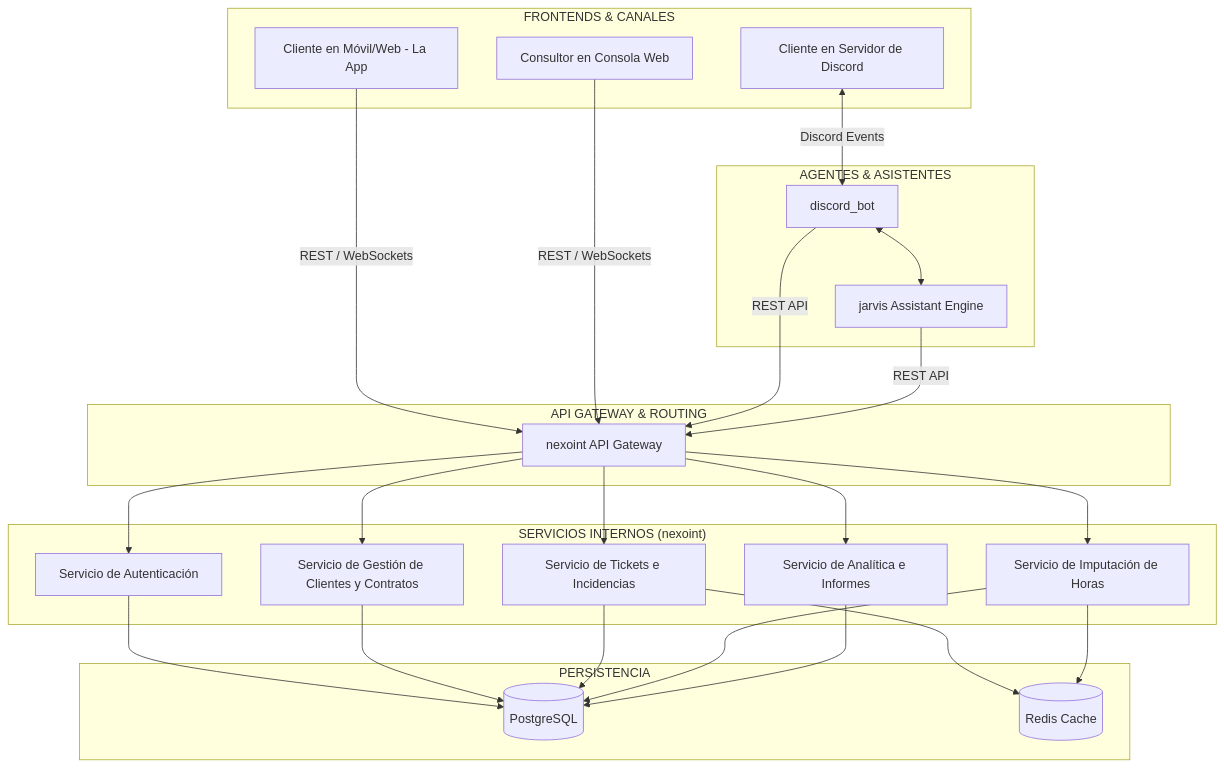
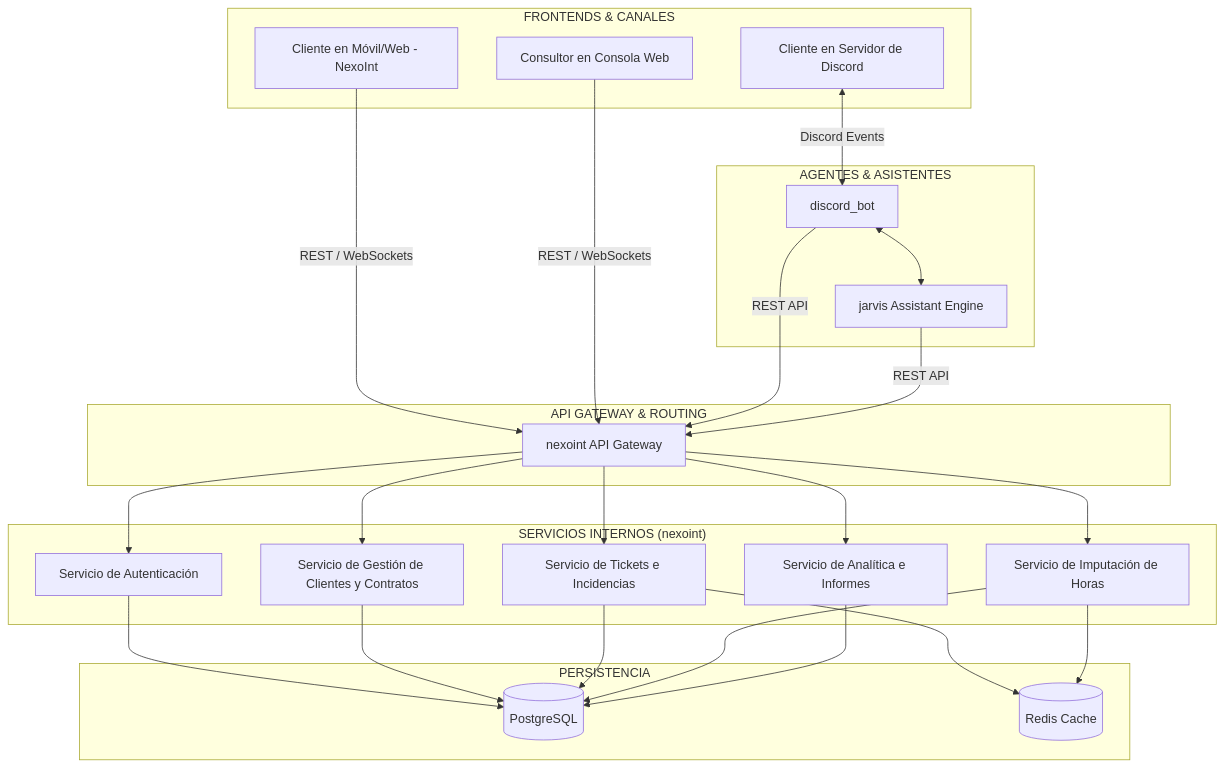
Before and after one commit to jesusalbujas/CONTROL-PST: the eighth of 12 diagrams in docs/proyectos/pst-4-arquitectura.md, drawn with Mermaid. The commit also changed other lines of this file and 3 other files, not shown here.

Commit message:
docs: standardize frontend app naming to NexoInt across all PST IV documentation

````diff
--- a/docs/proyectos/pst-4-arquitectura.md
+++ b/docs/proyectos/pst-4-arquitectura.md
@@ -469,53 +469,53 @@
 ```mermaid
 flowchart TD
     subgraph sub_FRONTENDS_CANALES ["FRONTENDS & CANALES"]
-        A1["Cliente en Móvil/Web - La App"]
+        A1["Cliente en Móvil/Web - NexoInt"]
         A2["Cliente en Servidor de Discord"]
         A3["Consultor en Consola Web"]
     end
 
     subgraph sub_API_GATEWAY_ROUTING ["API GATEWAY & ROUTING"]
         GW["nexoint API Gateway"]
     end
 
     subgraph sub_SERVICIOS_INTERNOS_nexoint ["SERVICIOS INTERNOS (nexoint)"]
         S1["Servicio de Autenticación"]
         S2["Servicio de Gestión de Clientes y Contratos"]
         S3["Servicio de Tickets e Incidencias"]
         S4["Servicio de Imputación de Horas"]
         S5["Servicio de Analítica e Informes"]
     end
 
     subgraph sub_AGENTES_ASISTENTES ["AGENTES & ASISTENTES"]
         B1["discord_bot"]
         B2["jarvis Assistant Engine"]
     end
 
     subgraph sub_PERSISTENCIA ["PERSISTENCIA"]
         DB[("PostgreSQL")]
         Cache[("Redis Cache")]
     end
 
     A1 -->|REST / WebSockets| GW
     A2 <-->|Discord Events| B1
     A3 -->|REST / WebSockets| GW
 
     B1 <--> B2
     B1 -->|REST API| GW
     B2 -->|REST API| GW
 
     GW --> S1
     GW --> S2
     GW --> S3
     GW --> S4
     GW --> S5
 
     S1 --> DB
     S2 --> DB
     S3 --> DB
     S4 --> DB
     S5 --> DB
 
     S3 --> Cache
     S4 --> Cache
 ```
````
